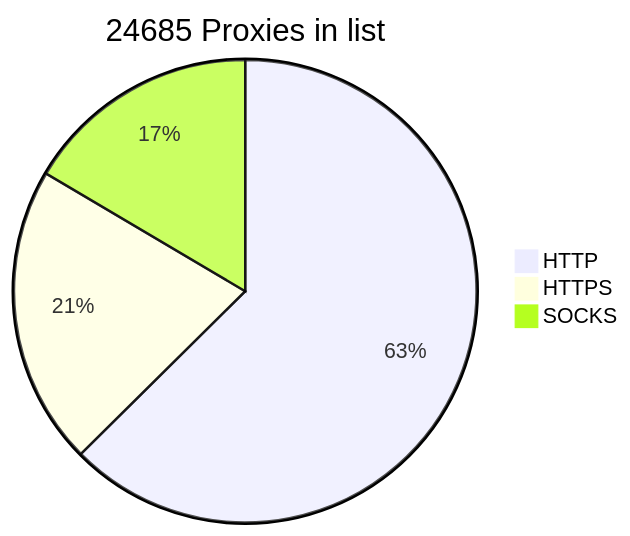
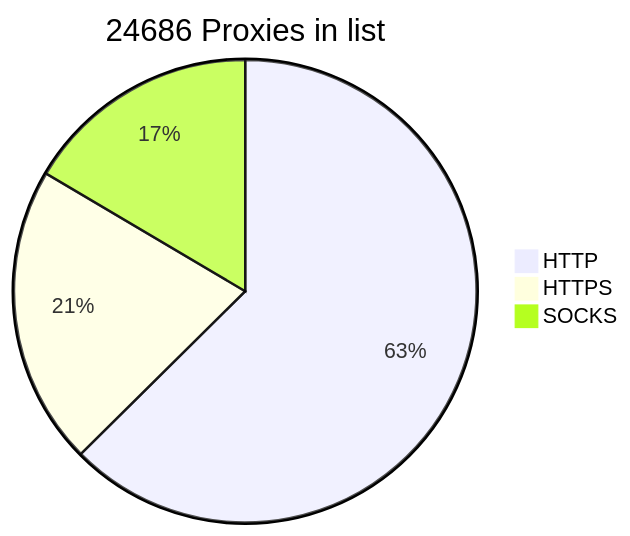
Before and after one commit to BlackSnowDot/proxylist-update-every-minute: the diagram in README.md, drawn with Mermaid.

````diff
--- a/README.md
+++ b/README.md
@@ -2,6 +2,6 @@
 ```mermaid
-pie title 24685 Proxies in list
-    "HTTP" : 17873
+pie title 24686 Proxies in list
+    "HTTP" : 17874
     "HTTPS": 5974
     "SOCKS" : 4713
 ```
````
